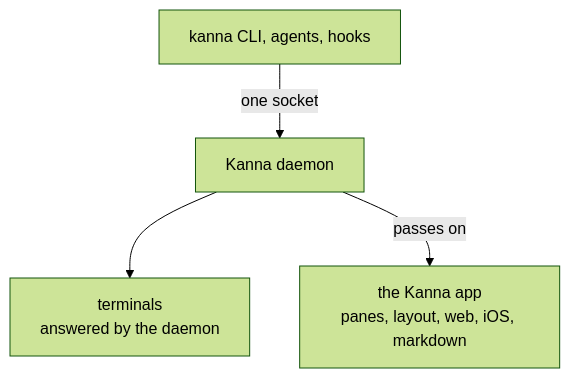
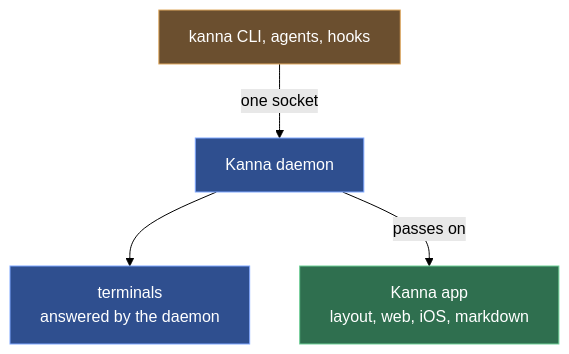
The fourth of 9 diagrams in docs/research/mux-architecture.md (jemdiggity/kanna-v4), drawn with Mermaid (forest theme) before and after one commit. The commit also changed other lines of this file, not shown here.

Commit message:
Mux architecture: beautify the diagrams (colours by owner, processes as boxes, layers as bars)

````diff
--- a/docs/research/mux-architecture.md
+++ b/docs/research/mux-architecture.md
@@ -169,10 +172,18 @@
 ```mermaid
 flowchart TB
     CLI["kanna CLI, agents, hooks"]
     D["Kanna daemon"]
     T["terminals<br/>answered by the daemon"]
-    A["the Kanna app<br/>panes, layout, web, iOS, markdown"]
+    A["Kanna app<br/>layout, web, iOS, markdown"]
     CLI -->|"one socket"| D
     D --> T
     D -->|"passes on"| A
+    classDef kanna fill:#2f6f4f,stroke:#6fcf97,color:#ffffff
+    classDef kmux fill:#2f4f8f,stroke:#7fa7ff,color:#ffffff
+    classDef kmuxapp fill:#4f3f7f,stroke:#b39cff,color:#ffffff
+    classDef os fill:#4a4a55,stroke:#9a9aa8,color:#ffffff
+    classDef ext fill:#6b4f2f,stroke:#e0a960,color:#ffffff
+    class CLI ext
+    class D,T kmux
+    class A kanna
 ```
````
